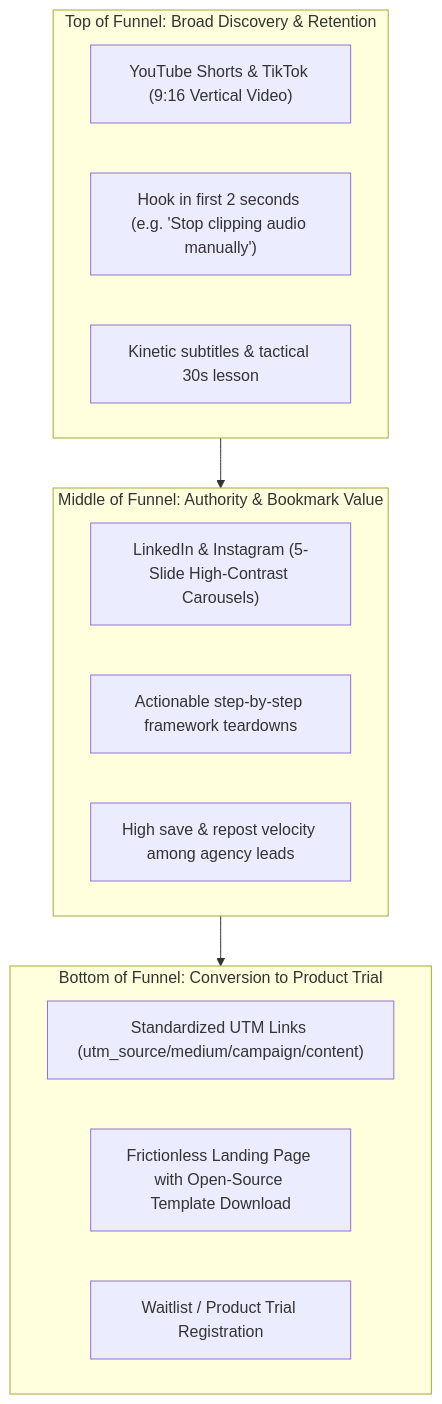
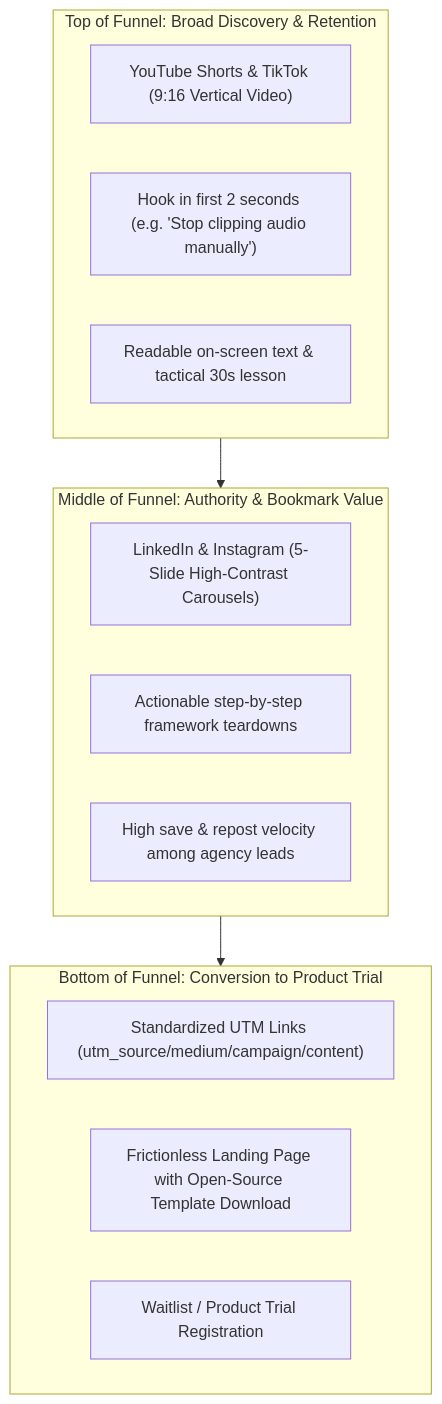
The diagram in submission/strategy/strategy.md (NISHANTH-KONCHADA/ai--media-content-engine), drawn with Mermaid before and after one commit. The commit also changed 171 other files, not shown here.

````diff
--- a/submission/strategy/strategy.md
+++ b/submission/strategy/strategy.md
@@ -18,23 +18,23 @@
 ```mermaid
 flowchart TD
     subgraph TopOfFunnel["Top of Funnel: Broad Discovery & Retention"]
         A1["YouTube Shorts & TikTok (9:16 Vertical Video)"]
         A2["Hook in first 2 seconds (e.g. 'Stop clipping audio manually')"]
-        A3["Kinetic subtitles & tactical 30s lesson"]
+        A3["Readable on-screen text & tactical 30s lesson"]
     end
 
     subgraph MiddleOfFunnel["Middle of Funnel: Authority & Bookmark Value"]
         B1["LinkedIn & Instagram (5-Slide High-Contrast Carousels)"]
         B2["Actionable step-by-step framework teardowns"]
         B3["High save & repost velocity among agency leads"]
     end
 
     subgraph BottomOfFunnel["Bottom of Funnel: Conversion to Product Trial"]
         C1["Standardized UTM Links (utm_source/medium/campaign/content)"]
         C2["Frictionless Landing Page with Open-Source Template Download"]
         C3["Waitlist / Product Trial Registration"]
     end
 
     TopOfFunnel --> MiddleOfFunnel
     MiddleOfFunnel --> BottomOfFunnel
 ```
````
